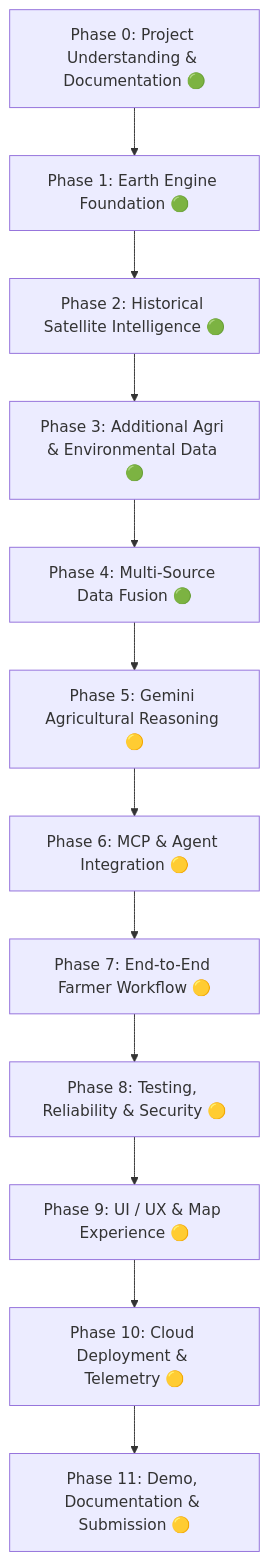
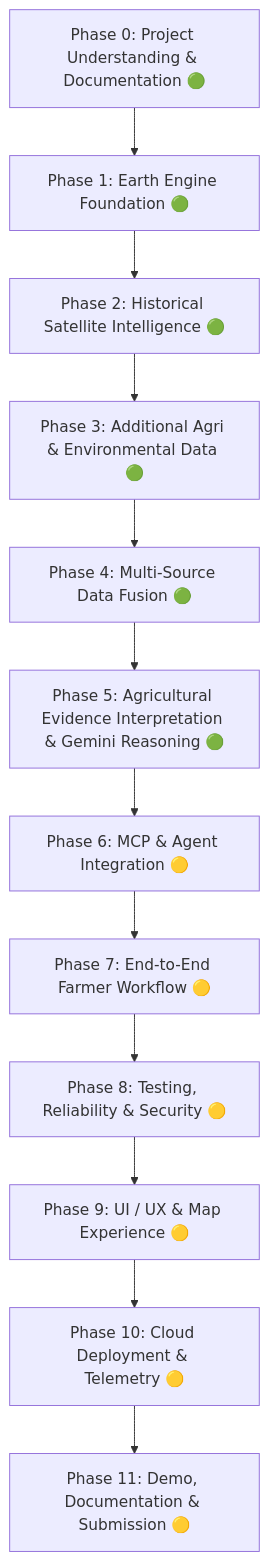
One commit to Kushagra-Dixit-0906/bharatsahayak-v2 changed the diagram in docs/MASTER_ROADMAP.md. Above: the diagram before and after it, drawn with Mermaid. The commit also changed other lines of this file and 4 other files, not shown here.

Commit message:
docs: seal phase 5c gemini explanation architecture

````diff
--- a/docs/MASTER_ROADMAP.md
+++ b/docs/MASTER_ROADMAP.md
@@ -21,14 +21,14 @@
 ```mermaid
 graph TD
     P0["Phase 0: Project Understanding & Documentation 🟢"] --> P1["Phase 1: Earth Engine Foundation 🟢"]
     P1 --> P2["Phase 2: Historical Satellite Intelligence 🟢"]
     P2 --> P3["Phase 3: Additional Agri & Environmental Data 🟢"]
     P3 --> P4["Phase 4: Multi-Source Data Fusion 🟢"]
-    P4 --> P5["Phase 5: Gemini Agricultural Reasoning 🟡"]
+    P4 --> P5["Phase 5: Agricultural Evidence Interpretation & Gemini Reasoning 🟢"]
     P5 --> P6["Phase 6: MCP & Agent Integration 🟡"]
     P6 --> P7["Phase 7: End-to-End Farmer Workflow 🟡"]
     P7 --> P8["Phase 8: Testing, Reliability & Security 🟡"]
     P8 --> P9["Phase 9: UI / UX & Map Experience 🟡"]
     P9 --> P10["Phase 10: Cloud Deployment & Telemetry 🟡"]
     P10 --> P11["Phase 11: Demo, Documentation & Submission 🟡"]
 ```
````
